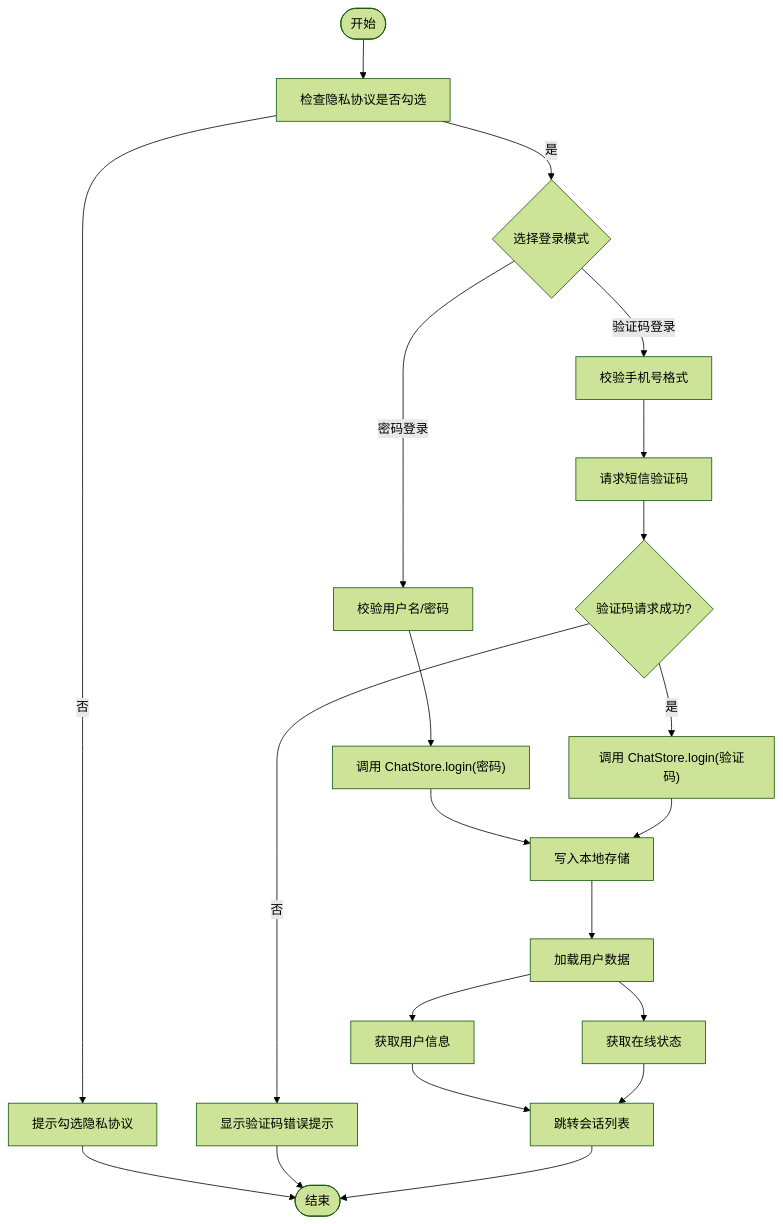
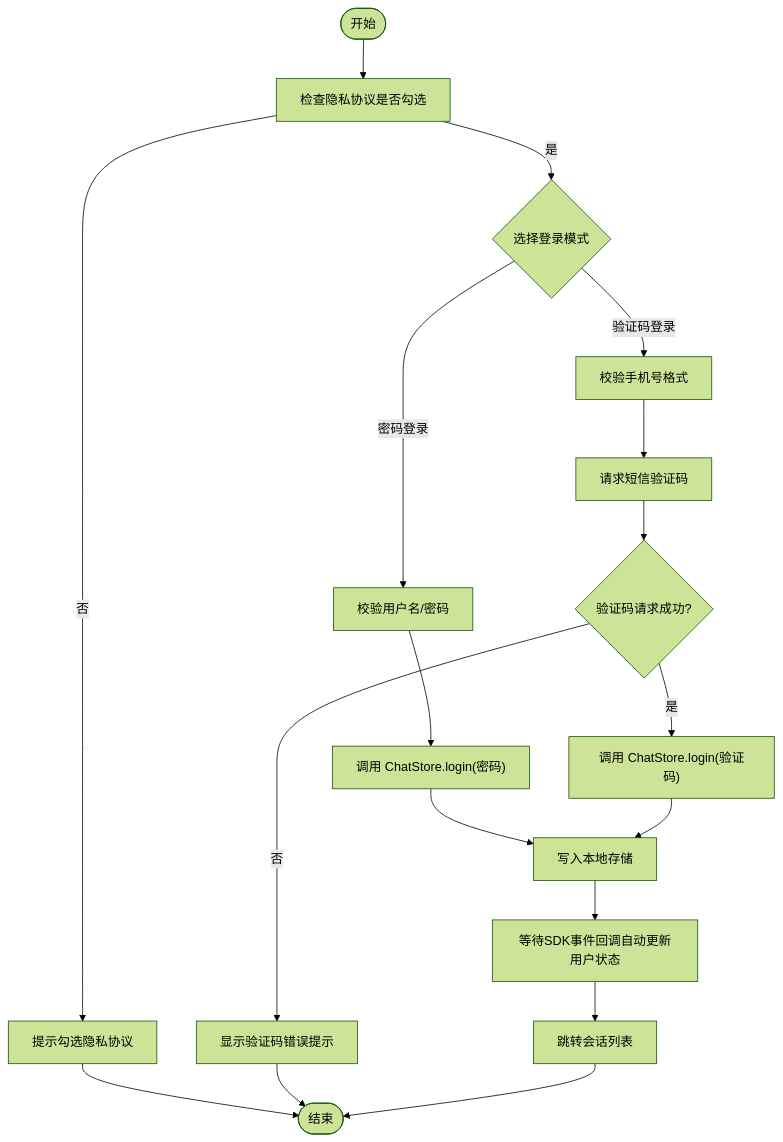
One commit to Easemob-Community/easemob-uikit-uniapp-community changed the fourth of 5 diagrams in .qoder/repowiki/zh/content/示例应用/登录页面.md. Above: the diagram before and after it, drawn with Mermaid (forest theme). The commit also changed other lines of this file and 5 other files, not shown here.

````diff
--- a/.qoder/repowiki/zh/content/示例应用/登录页面.md
+++ b/.qoder/repowiki/zh/content/示例应用/登录页面.md
@@ -334,23 +328,20 @@
 ```mermaid
 flowchart TD
 Start(["开始"]) --> CheckPrivacy["检查隐私协议是否勾选"]
 CheckPrivacy --> |否| ShowPrivacyTip["提示勾选隐私协议"]
 CheckPrivacy --> |是| ChooseMode{"选择登录模式"}
 ChooseMode --> |密码登录| ValidatePwd["校验用户名/密码"]
 ChooseMode --> |验证码登录| ValidateTel["校验手机号格式"]
 ValidatePwd --> LoginPwd["调用 ChatStore.login(密码)"]
 ValidateTel --> SendCode["请求短信验证码"]
 SendCode --> CodeOk{"验证码请求成功?"}
 CodeOk --> |否| ShowCodeError["显示验证码错误提示"]
 CodeOk --> |是| LoginTel["调用 ChatStore.login(验证码)"]
 LoginPwd --> SaveToken["写入本地存储"]
 LoginTel --> SaveToken
-SaveToken --> LoadUserData["加载用户数据"]
-LoadUserData --> GetUserInfo["获取用户信息"]
-LoadUserData --> GetPresence["获取在线状态"]
-GetUserInfo --> SwitchTab["跳转会话列表"]
-GetPresence --> SwitchTab
+SaveToken --> WaitSDKCallback["等待SDK事件回调自动更新用户状态"]
+WaitSDKCallback --> SwitchTab["跳转会话列表"]
 ShowPrivacyTip --> End(["结束"])
 ShowCodeError --> End
 SwitchTab --> End
 ```
````
